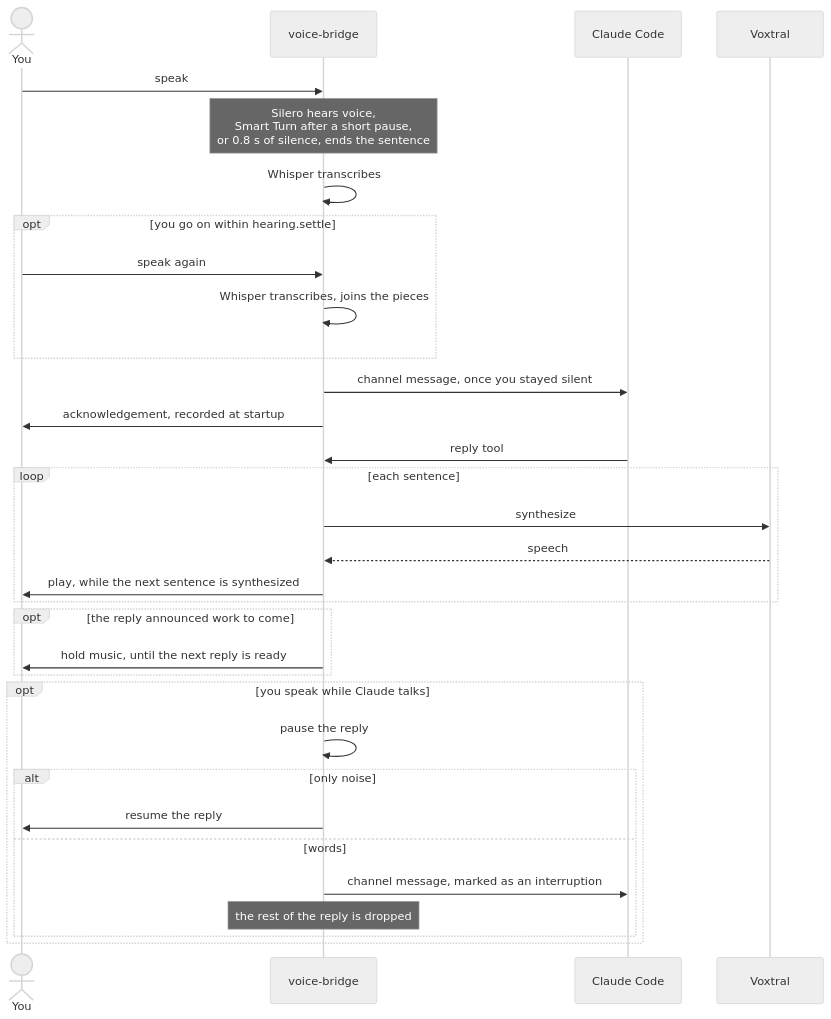
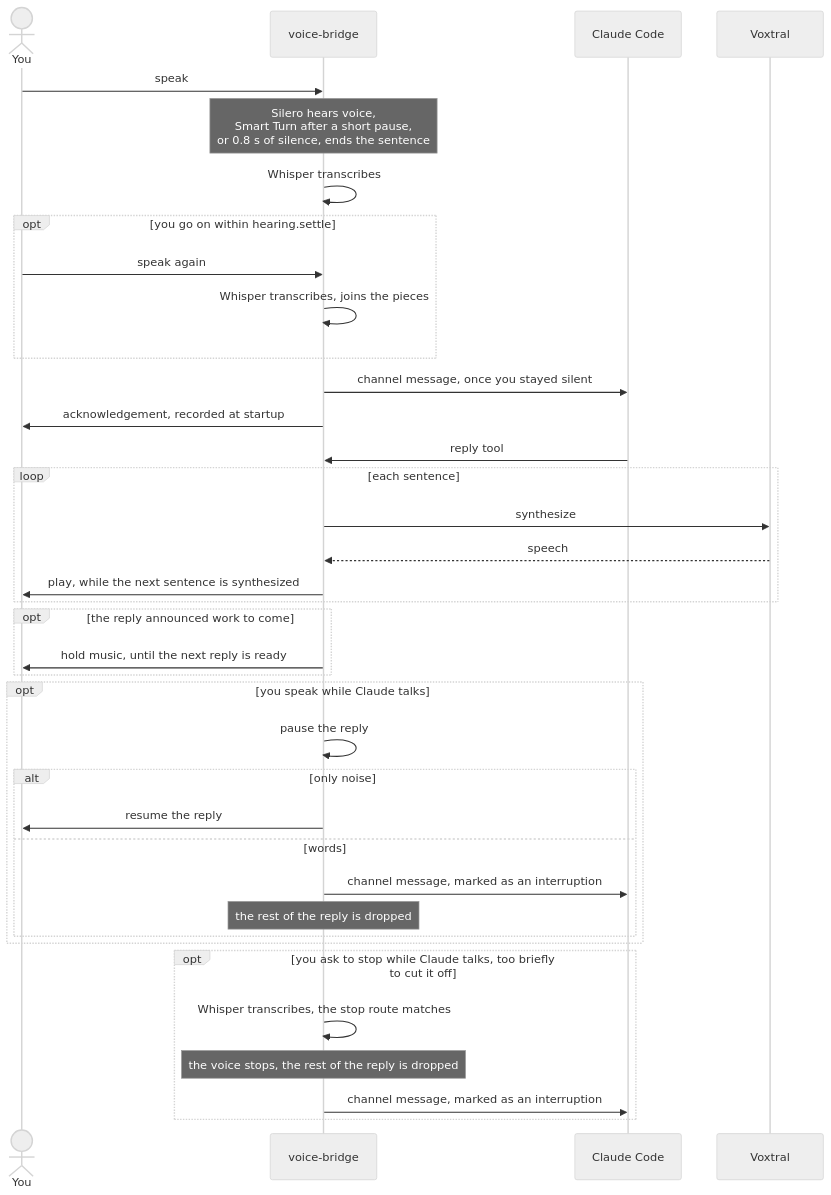
The second of 3 diagrams in README.md (marc-gavanier/voice-bridge), drawn with Mermaid (neutral theme) before and after one commit. The commit also changed other lines of this file and 6 other files, not shown here.

First line of the commit message:
fix: cut Claude's voice when the words are understood as a stop

````diff
--- a/README.md
+++ b/README.md
@@ -45,35 +45,40 @@
 ```mermaid
 sequenceDiagram
     actor you as You
     participant bridge as voice-bridge
     participant claude as Claude Code
     participant voxtral as Voxtral
 
     you->>bridge: speak
     Note over bridge: Silero hears voice,<br/>Smart Turn after a short pause,<br/>or 0.8 s of silence, ends the sentence
     bridge->>bridge: Whisper transcribes
     opt you go on within hearing.settle
         you->>bridge: speak again
         bridge->>bridge: Whisper transcribes, joins the pieces
     end
     bridge->>claude: channel message, once you stayed silent
     bridge->>you: acknowledgement, recorded at startup
     claude->>bridge: reply tool
     loop each sentence
         bridge->>voxtral: synthesize
         voxtral-->>bridge: speech
         bridge->>you: play, while the next sentence is synthesized
     end
     opt the reply announced work to come
         bridge->>you: hold music, until the next reply is ready
     end
     opt you speak while Claude talks
         bridge->>bridge: pause the reply
         alt only noise
             bridge->>you: resume the reply
         else words
             bridge->>claude: channel message, marked as an interruption
             Note over bridge: the rest of the reply is dropped
         end
     end
+    opt you ask to stop while Claude talks, too briefly to cut it off
+        bridge->>bridge: Whisper transcribes, the stop route matches
+        Note over bridge: the voice stops, the rest of the reply is dropped
+        bridge->>claude: channel message, marked as an interruption
+    end
 ```
````
